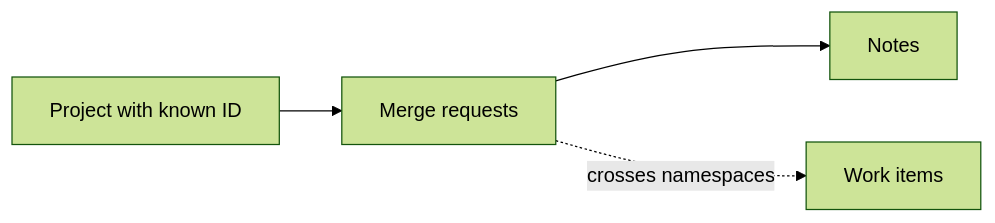
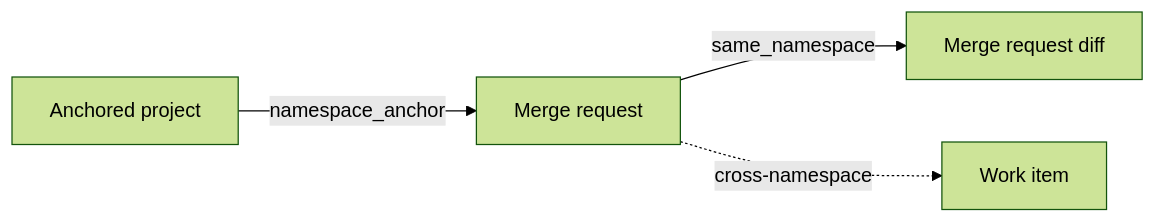
Before and after one commit to gitlabhq/orbit-knowledge-graph: the seventh of 26 diagrams in docs/pages/engineering/architecture/query-engine.md, drawn with Mermaid (forest theme). The commit also changed other lines of this file and 2 other files, not shown here.

Commit message:
docs(architecture): tighten the querying pages and add the engine walkthrough

````diff
--- a/docs/pages/engineering/architecture/query-engine.md
+++ b/docs/pages/engineering/architecture/query-engine.md
@@ -107,6 +211,6 @@
 ```mermaid
 flowchart LR
-    Project[Project with known ID] --> MR[Merge requests]
-    MR --> Note[Notes]
-    MR -. crosses namespaces .-> WI[Work items]
+    Anchor[Anchored project] -- namespace_anchor --> MR[Merge request]
+    MR -- same_namespace --> Diff[Merge request diff]
+    MR -. cross-namespace .-> WI[Work item]
 ```
````
